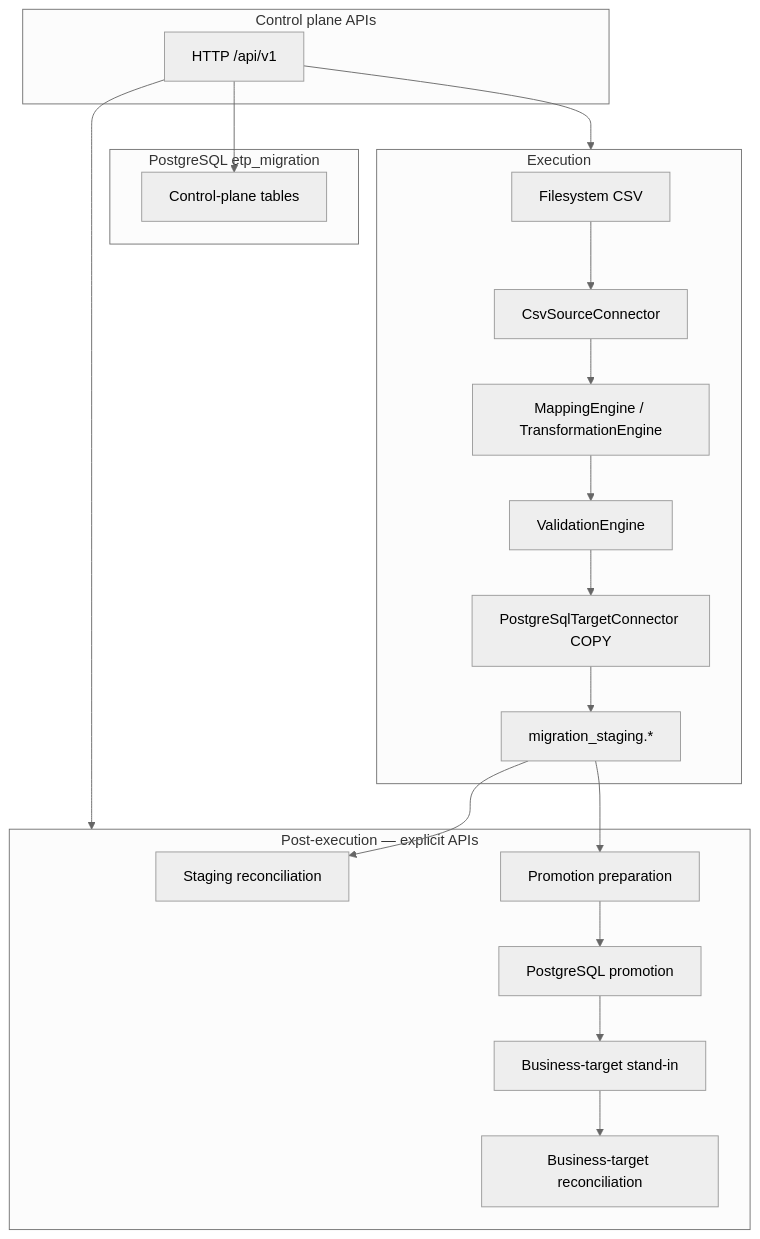
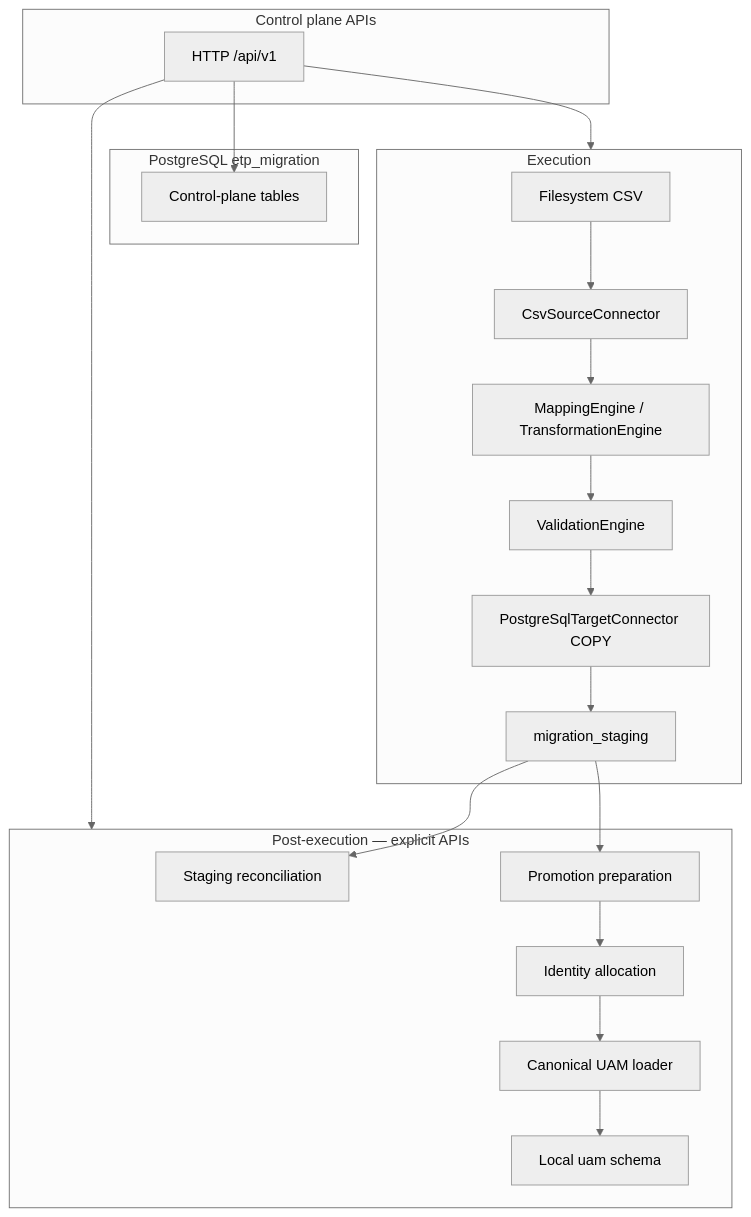
One commit to balanagarajan12/project-beta changed the first of 3 diagrams in capabilities/etp-migration/docs/ARCHITECTURE.md. Above: the diagram before and after it, drawn with Mermaid (neutral theme). The commit also changed other lines of this file and 164 other files, not shown here.

Commit message:
feat: stabilize migration engine E2E flow

````diff
--- a/capabilities/etp-migration/docs/ARCHITECTURE.md
+++ b/capabilities/etp-migration/docs/ARCHITECTURE.md
@@ -89,31 +112,30 @@
 ```mermaid
 flowchart TD
   subgraph control [Control plane APIs]
     API[HTTP /api/v1]
   end
   subgraph db [PostgreSQL etp_migration]
     CP[Control-plane tables]
   end
   subgraph exec [Execution]
     SRC[Filesystem CSV]
     SC[CsvSourceConnector]
     MAP[MappingEngine / TransformationEngine]
     VAL[ValidationEngine]
     TC[PostgreSqlTargetConnector COPY]
-    STG[migration_staging.*]
+    STG[migration_staging]
   end
   subgraph post [Post-execution — explicit APIs]
     REC[Staging reconciliation]
     PREP[Promotion preparation]
-    PRO[PostgreSQL promotion]
-    BIZ[Business-target stand-in]
-    BREC[Business-target reconciliation]
+    ID[Identity allocation]
+    PRO[Canonical UAM loader]
+    UAM[Local uam schema]
   end
   API --> CP
   API --> exec
   API --> post
   SRC --> SC --> MAP --> VAL --> TC --> STG
   STG --> REC
-  STG --> PREP --> PRO --> BIZ
-  BIZ --> BREC
+  STG --> PREP --> ID --> PRO --> UAM
 ```
````
